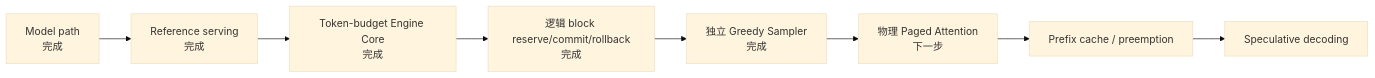
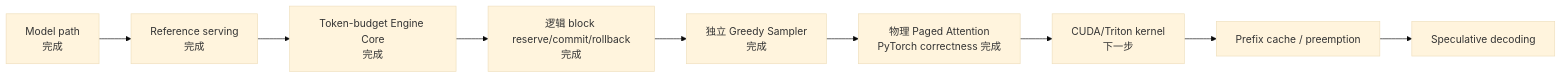
The third of 3 diagrams in docs/design.md (poorpaper/light-vllm), drawn with Mermaid (base theme) before and after one commit. The commit also changed other lines of this file and 4 other files, not shown here.

Commit message:
docs: define paged worker architecture

````diff
--- a/docs/design.md
+++ b/docs/design.md
@@ -177,10 +202,11 @@
 ```mermaid
 flowchart LR
     Model["Model path<br/>完成"] --> Serving["Reference serving<br/>完成"]
     Serving --> Core["Token-budget Engine Core<br/>完成"]
     Core --> Logical["逻辑 block reserve/commit/rollback<br/>完成"]
     Logical --> Sampling["独立 Greedy Sampler<br/>完成"]
-    Sampling --> Paged["物理 Paged Attention<br/>下一步"]
-    Paged --> Prefix["Prefix cache / preemption"]
+    Sampling --> Paged["物理 Paged Attention<br/>PyTorch correctness 完成"]
+    Paged --> Kernel["CUDA/Triton kernel<br/>下一步"]
+    Kernel --> Prefix["Prefix cache / preemption"]
     Prefix --> Spec["Speculative decoding"]
 ```
````
